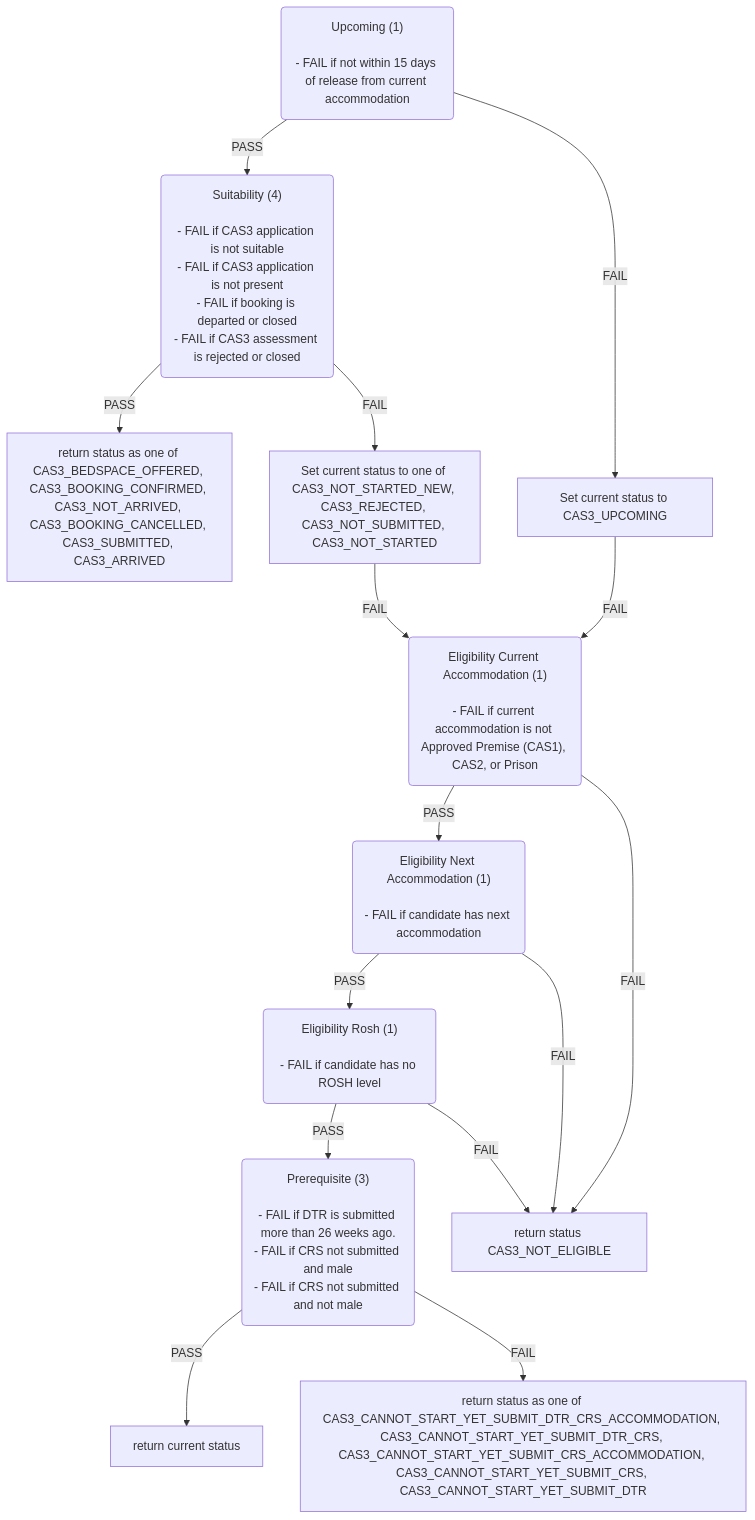
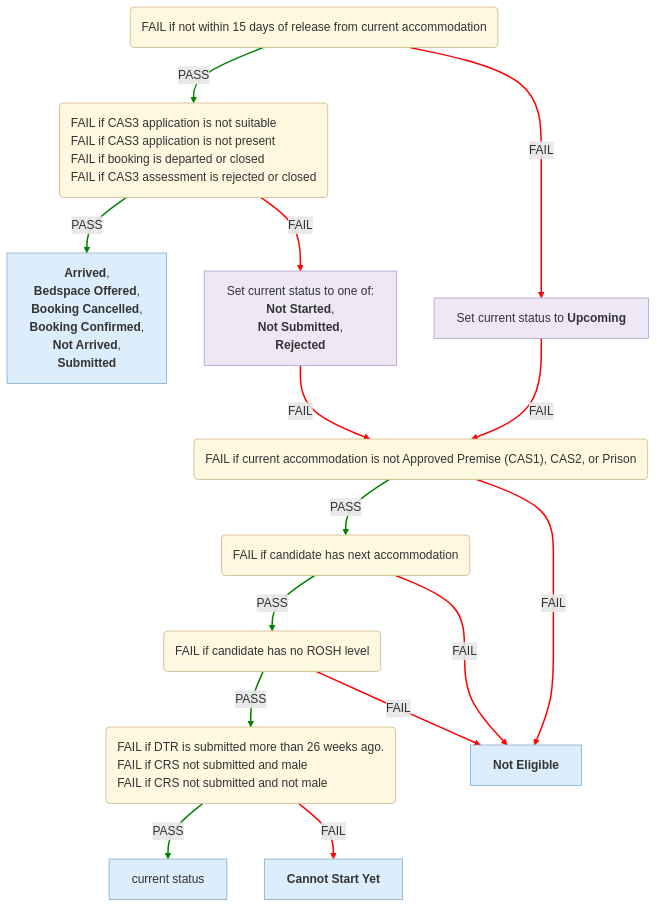
Before and after one commit to ministryofjustice/hmpps-single-accommodation-service-api: the third of 6 diagrams in docs/eligibility-rules-graph.md, drawn with Mermaid. The commit also changed other lines of this file and 20 other files, not shown here.

Commit message:
chore/SAS-1532-Use-UI-statuses-in-graph-instead-of-enums

````diff
--- a/docs/eligibility-rules-graph.md
+++ b/docs/eligibility-rules-graph.md
@@ -238,46 +284,51 @@
 ```mermaid
+%%{init: {"flowchart": {"wrappingWidth": 800}}}%%
 flowchart TD
-  Upcoming("Upcoming (1)
-
-- FAIL if not within 15 days of release from current accommodation")
-  Suitability("Suitability (4)
-
-- FAIL if CAS3 application is not suitable
-- FAIL if CAS3 application is not present
-- FAIL if booking is departed or closed
-- FAIL if CAS3 assessment is rejected or closed")
-  return_status_as_one_of_CAS3_BEDSPACE_OFFERED__CAS3_BOOKING_CONFIRMED__CAS3_NOT_ARRIVED__CAS3_BOOKING_CANCELLED__CAS3_SUBMITTED__CAS3_ARRIVED["return status as one of CAS3_BEDSPACE_OFFERED, CAS3_BOOKING_CONFIRMED, CAS3_NOT_ARRIVED, CAS3_BOOKING_CANCELLED, CAS3_SUBMITTED, CAS3_ARRIVED"]
-  Set_current_status_to_one_of_CAS3_NOT_STARTED_NEW__CAS3_REJECTED__CAS3_NOT_SUBMITTED__CAS3_NOT_STARTED["Set current status to one of CAS3_NOT_STARTED_NEW, CAS3_REJECTED, CAS3_NOT_SUBMITTED, CAS3_NOT_STARTED"]
-  Eligibility_Current_Accommodation("Eligibility Current Accommodation (1)
-
-- FAIL if current accommodation is not Approved Premise (CAS1), CAS2, or Prison")
-  Eligibility_Next_Accommodation("Eligibility Next Accommodation (1)
-
-- FAIL if candidate has next accommodation")
-  Eligibility_Rosh("Eligibility Rosh (1)
-
-- FAIL if candidate has no ROSH level")
-  Prerequisite("Prerequisite (3)
-
-- FAIL if DTR is submitted more than 26 weeks ago.
-- FAIL if CRS not submitted and male
-- FAIL if CRS not submitted and not male")
-  return_current_status["return current status"]
-  return_status_as_one_of_CAS3_CANNOT_START_YET_SUBMIT_DTR_CRS_ACCOMMODATION__CAS3_CANNOT_START_YET_SUBMIT_DTR_CRS__CAS3_CANNOT_START_YET_SUBMIT_CRS_ACCOMMODATION__CAS3_CANNOT_START_YET_SUBMIT_CRS__CAS3_CANNOT_START_YET_SUBMIT_DTR["return status as one of CAS3_CANNOT_START_YET_SUBMIT_DTR_CRS_ACCOMMODATION, CAS3_CANNOT_START_YET_SUBMIT_DTR_CRS, CAS3_CANNOT_START_YET_SUBMIT_CRS_ACCOMMODATION, CAS3_CANNOT_START_YET_SUBMIT_CRS, CAS3_CANNOT_START_YET_SUBMIT_DTR"]
-  return_status_CAS3_NOT_ELIGIBLE["return status CAS3_NOT_ELIGIBLE"]
-  Set_current_status_to_CAS3_UPCOMING["Set current status to CAS3_UPCOMING"]
-  Suitability -->|PASS| return_status_as_one_of_CAS3_BEDSPACE_OFFERED__CAS3_BOOKING_CONFIRMED__CAS3_NOT_ARRIVED__CAS3_BOOKING_CANCELLED__CAS3_SUBMITTED__CAS3_ARRIVED
-  Suitability -->|FAIL| Set_current_status_to_one_of_CAS3_NOT_STARTED_NEW__CAS3_REJECTED__CAS3_NOT_SUBMITTED__CAS3_NOT_STARTED
-  Prerequisite -->|PASS| return_current_status
-  Prerequisite -->|FAIL| return_status_as_one_of_CAS3_CANNOT_START_YET_SUBMIT_DTR_CRS_ACCOMMODATION__CAS3_CANNOT_START_YET_SUBMIT_DTR_CRS__CAS3_CANNOT_START_YET_SUBMIT_CRS_ACCOMMODATION__CAS3_CANNOT_START_YET_SUBMIT_CRS__CAS3_CANNOT_START_YET_SUBMIT_DTR
+  Upcoming("<div style='text-align:left'>FAIL if not within 15 days of release from current accommodation</div>")
+  Suitability("<div style='text-align:left'>FAIL if CAS3 application is not suitable
+FAIL if CAS3 application is not present
+FAIL if booking is departed or closed
+FAIL if CAS3 assessment is rejected or closed</div>")
+  outcome_Cas3CompletionContextUpdater["<b>Arrived</b>,
+ <b>Bedspace Offered</b>,
+ <b>Booking Cancelled</b>,
+ <b>Booking Confirmed</b>,
+ <b>Not Arrived</b>,
+ <b>Submitted</b>"]
+  updater_Cas3SuitabilityContextUpdater["Set current status to one of:
+<b>Not Started</b>,
+ <b>Not Submitted</b>,
+ <b>Rejected</b>"]
+  Eligibility_Current_Accommodation("<div style='text-align:left'>FAIL if current accommodation is not Approved Premise (CAS1), CAS2, or Prison</div>")
+  Eligibility_Next_Accommodation("<div style='text-align:left'>FAIL if candidate has next accommodation</div>")
+  Eligibility_Rosh("<div style='text-align:left'>FAIL if candidate has no ROSH level</div>")
+  Prerequisite("<div style='text-align:left'>FAIL if DTR is submitted more than 26 weeks ago.
+FAIL if CRS not submitted and male
+FAIL if CRS not submitted and not male</div>")
+  confirmed["current status"]
+  outcome_Cas3PrerequisiteContextUpdater["<b>Cannot Start Yet</b>"]
+  CAS3_NOT_ELIGIBLE["<b>Not Eligible</b>"]
+  updater_Cas3UpcomingContextUpdater["Set current status to <b>Upcoming</b>"]
+  Suitability -->|PASS| outcome_Cas3CompletionContextUpdater
+  Suitability -->|FAIL| updater_Cas3SuitabilityContextUpdater
+  Prerequisite -->|PASS| confirmed
+  Prerequisite -->|FAIL| outcome_Cas3PrerequisiteContextUpdater
   Eligibility_Rosh -->|PASS| Prerequisite
-  Eligibility_Rosh -->|FAIL| return_status_CAS3_NOT_ELIGIBLE
+  Eligibility_Rosh -->|FAIL| CAS3_NOT_ELIGIBLE
   Eligibility_Next_Accommodation -->|PASS| Eligibility_Rosh
-  Eligibility_Next_Accommodation -->|FAIL| return_status_CAS3_NOT_ELIGIBLE
+  Eligibility_Next_Accommodation -->|FAIL| CAS3_NOT_ELIGIBLE
   Eligibility_Current_Accommodation -->|PASS| Eligibility_Next_Accommodation
-  Eligibility_Current_Accommodation -->|FAIL| return_status_CAS3_NOT_ELIGIBLE
-  Set_current_status_to_one_of_CAS3_NOT_STARTED_NEW__CAS3_REJECTED__CAS3_NOT_SUBMITTED__CAS3_NOT_STARTED -->|FAIL| Eligibility_Current_Accommodation
+  Eligibility_Current_Accommodation -->|FAIL| CAS3_NOT_ELIGIBLE
+  updater_Cas3SuitabilityContextUpdater -->|FAIL| Eligibility_Current_Accommodation
   Upcoming -->|PASS| Suitability
-  Upcoming -->|FAIL| Set_current_status_to_CAS3_UPCOMING
-  Set_current_status_to_CAS3_UPCOMING -->|FAIL| Eligibility_Current_Accommodation
+  Upcoming -->|FAIL| updater_Cas3UpcomingContextUpdater
+  updater_Cas3UpcomingContextUpdater -->|FAIL| Eligibility_Current_Accommodation
+  linkStyle 0,2,4,6,8,11 stroke:green,stroke-width:2px
+  linkStyle 1,3,5,7,9,10,12,13 stroke:red,stroke-width:2px
+  classDef ruleSetNode fill:#FFF8E1,stroke:#C9B37E,color:#333
+  classDef outcomeNode fill:#DCEEFB,stroke:#7FA7C9,color:#333
+  classDef updaterNode fill:#EDE7F6,stroke:#A99BC9,color:#333
+  class Upcoming,Suitability,Eligibility_Current_Accommodation,Eligibility_Next_Accommodation,Eligibility_Rosh,Prerequisite ruleSetNode
+  class outcome_Cas3CompletionContextUpdater,confirmed,outcome_Cas3PrerequisiteContextUpdater,CAS3_NOT_ELIGIBLE outcomeNode
+  class updater_Cas3SuitabilityContextUpdater,updater_Cas3UpcomingContextUpdater updaterNode
 ```
````
